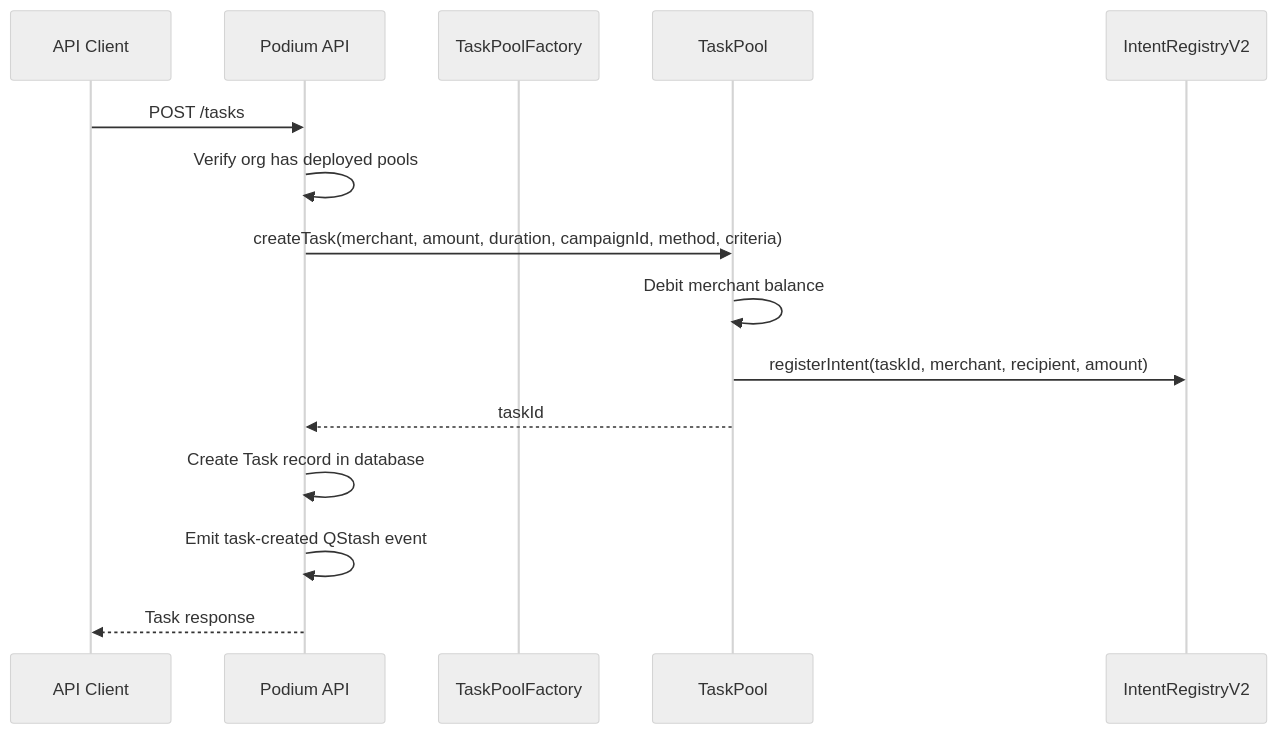
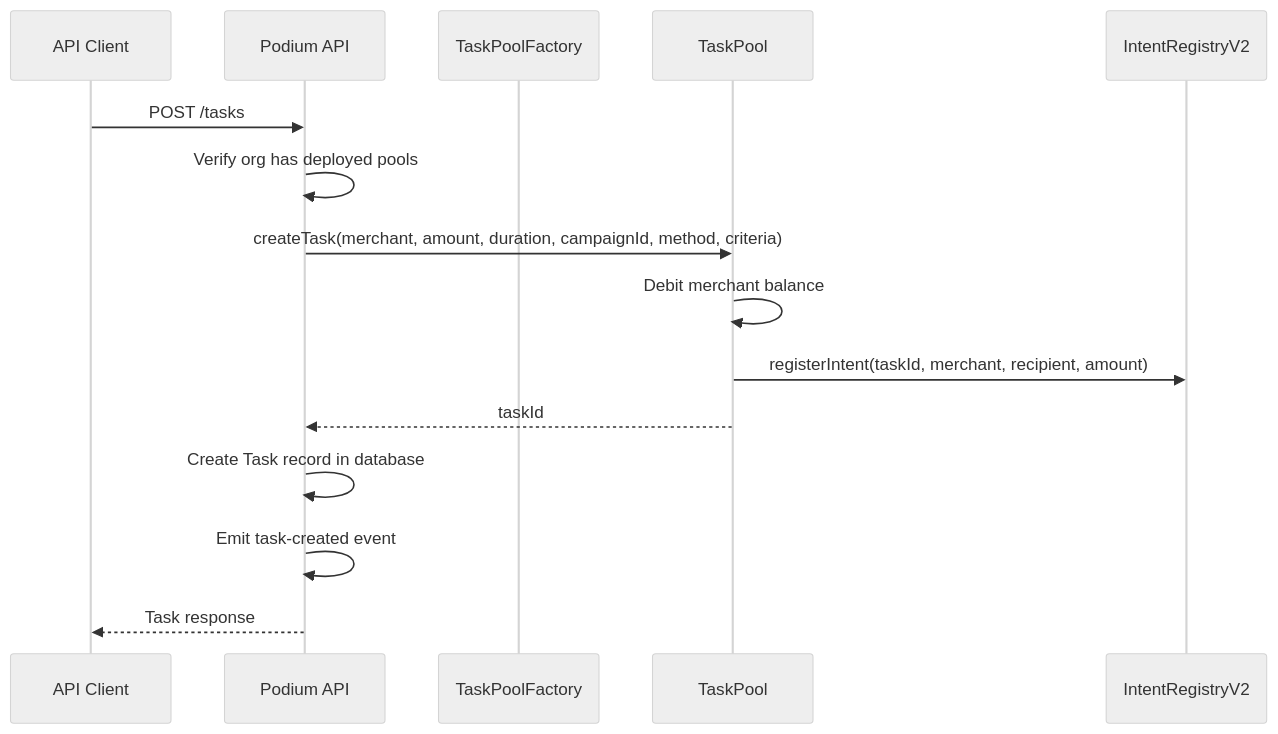
Before and after one commit to kiki-world-01/Docs: the diagram in api-reference/task-pool-api.mdx, drawn with Mermaid (neutral theme). The commit also changed other lines of this file and 25 other files, not shown here.

````diff
--- a/api-reference/task-pool-api.mdx
+++ b/api-reference/task-pool-api.mdx
@@ -78,18 +78,18 @@
 ```mermaid
 sequenceDiagram
     participant A as API Client
     participant P as Podium API
     participant F as TaskPoolFactory
     participant TP as TaskPool
     participant IR as IntentRegistryV2
 
     A->>P: POST /tasks
     P->>P: Verify org has deployed pools
     P->>TP: createTask(merchant, amount, duration, campaignId, method, criteria)
     TP->>TP: Debit merchant balance
     TP->>IR: registerIntent(taskId, merchant, recipient, amount)
     TP-->>P: taskId
     P->>P: Create Task record in database
-    P->>P: Emit task-created QStash event
+    P->>P: Emit task-created event
     P-->>A: Task response
 ```
````
